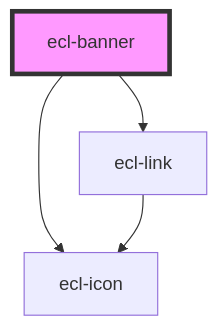
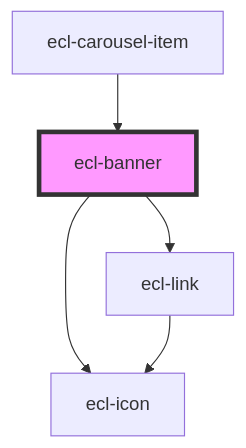
Before and after one commit to ec-europa/ecl-webcomponents: the diagram in src/components/ecl-banner/readme.md, drawn with Mermaid. The commit also changed other lines of this file and 15 other files, not shown here.

````diff
--- a/src/components/ecl-banner/readme.md
+++ b/src/components/ecl-banner/readme.md
@@ -34,7 +38,8 @@
 ```mermaid
 graph TD;
   ecl-banner --> ecl-link
   ecl-banner --> ecl-icon
   ecl-link --> ecl-icon
+  ecl-carousel-item --> ecl-banner
   style ecl-banner fill:#f9f,stroke:#333,stroke-width:4px
 ```
````
